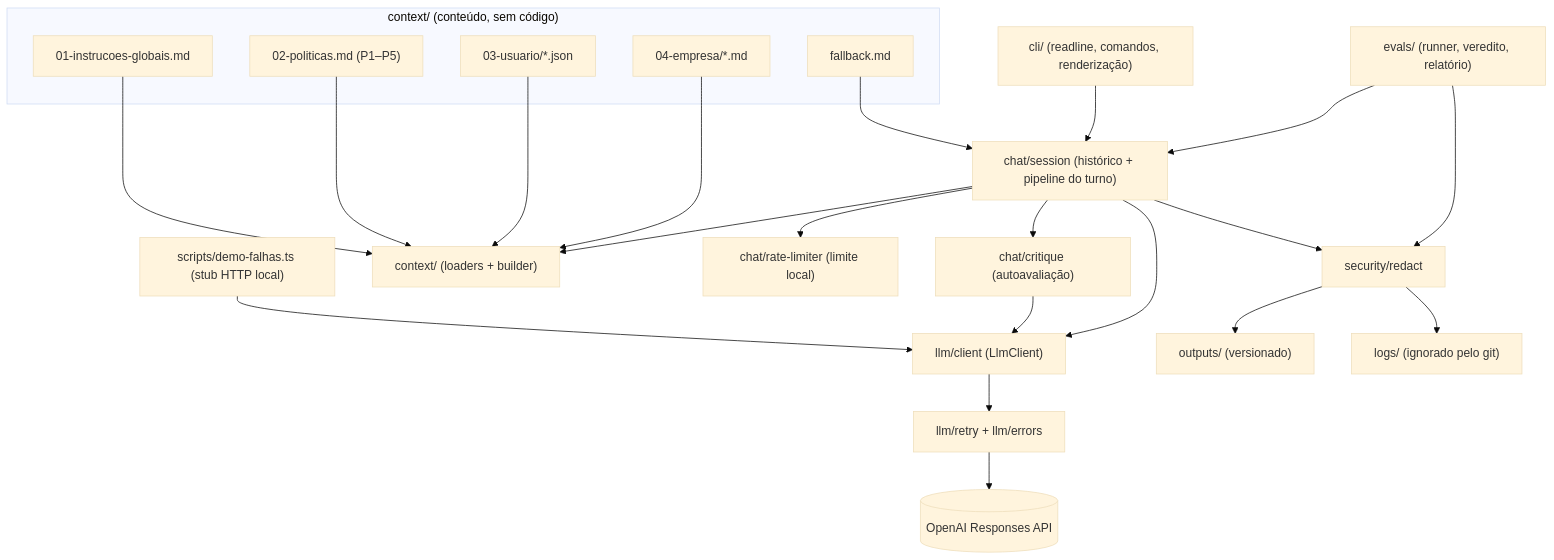
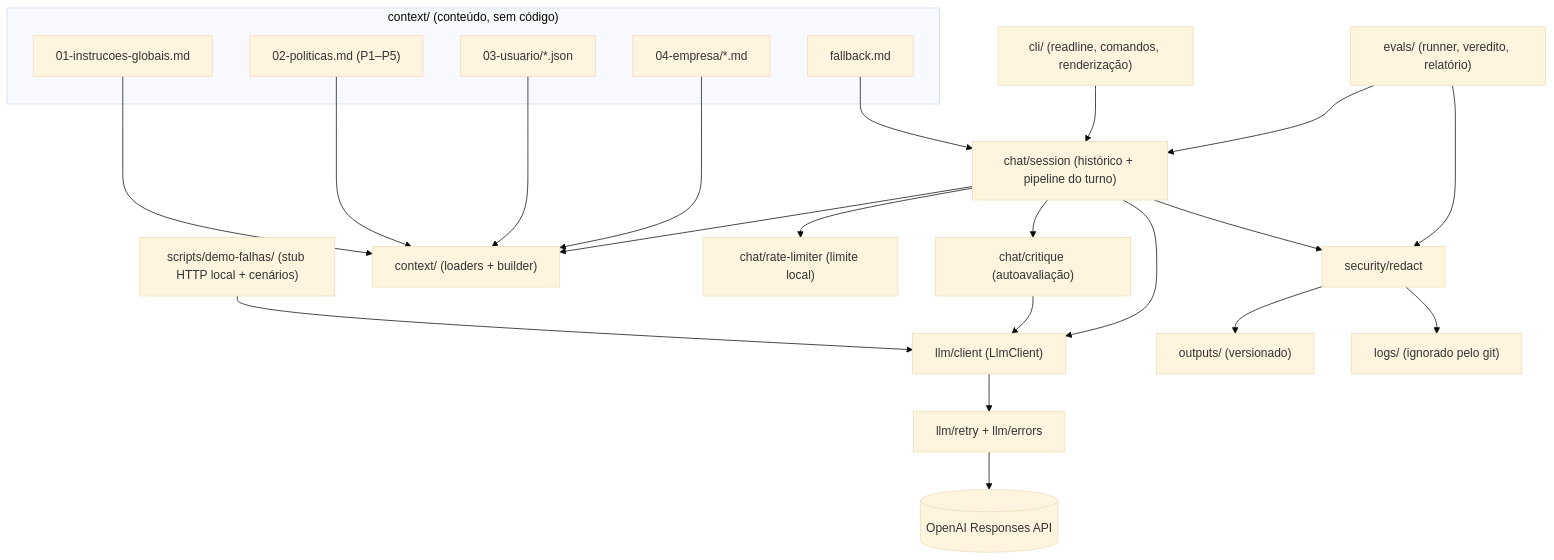
The first of 2 diagrams in docs/ARQUITETURA.md (PetterCristhian/assistente-onboarding-cli), drawn with Mermaid (base theme) before and after one commit. The commit also changed other lines of this file and 27 other files, not shown here.

````diff
--- a/docs/ARQUITETURA.md
+++ b/docs/ARQUITETURA.md
@@ -42,39 +42,39 @@
 ```mermaid
 flowchart TD
     subgraph Conteudo["context/ (conteúdo, sem código)"]
         C1["01-instrucoes-globais.md"]
         C2["02-politicas.md (P1–P5)"]
         C3["03-usuario/*.json"]
         C4["04-empresa/*.md"]
         FB["fallback.md"]
     end
 
     CLI["cli/ (readline, comandos, renderização)"]
     EVAL["evals/ (runner, veredito, relatório)"]
-    DEMO["scripts/demo-falhas.ts (stub HTTP local)"]
+    DEMO["scripts/demo-falhas/ (stub HTTP local + cenários)"]
 
     SESSION["chat/session (histórico + pipeline do turno)"]
     CTX["context/ (loaders + builder)"]
     CRIT["chat/critique (autoavaliação)"]
     RL["chat/rate-limiter (limite local)"]
     LLM["llm/client (LlmClient)"]
     RETRY["llm/retry + llm/errors"]
     RED["security/redact"]
     OPENAI[("OpenAI Responses API")]
     OUT["outputs/ (versionado)"]
     LOGS["logs/ (ignorado pelo git)"]
 
     C1 & C2 & C3 & C4 --> CTX
     CLI --> SESSION
     EVAL --> SESSION
     SESSION --> CTX
     SESSION --> RL
     SESSION --> CRIT
     SESSION --> LLM
     CRIT --> LLM
     FB --> SESSION
     LLM --> RETRY --> OPENAI
     DEMO --> LLM
     EVAL --> RED --> OUT
     SESSION --> RED --> LOGS
 ```
````
